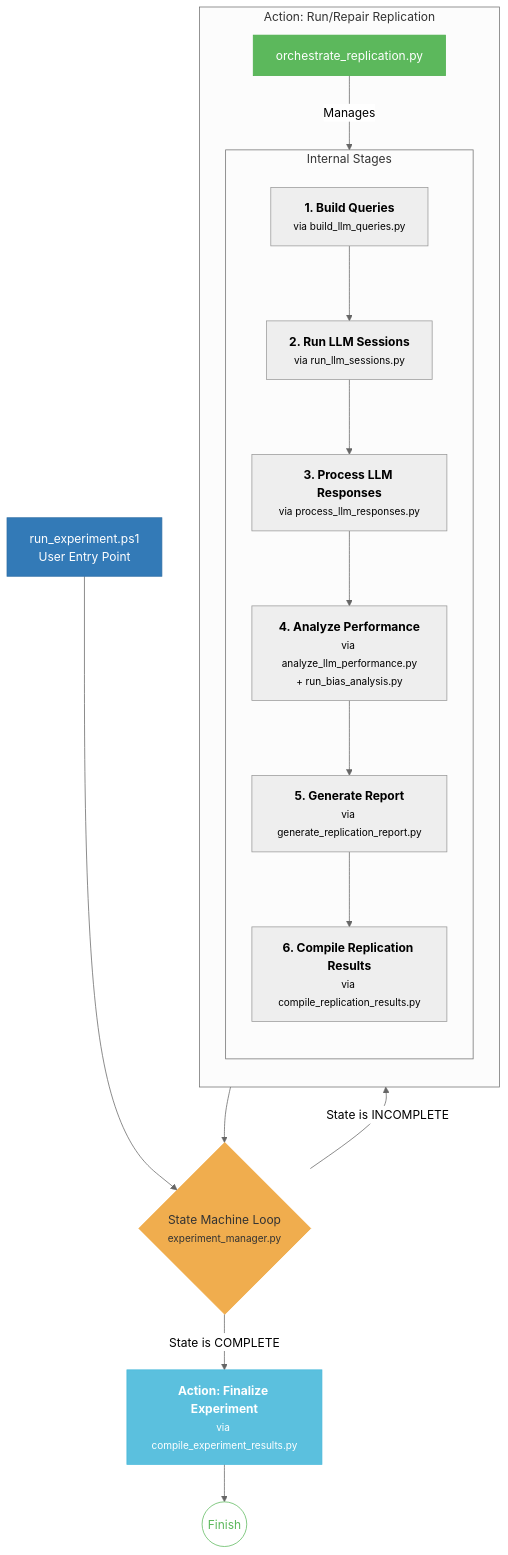
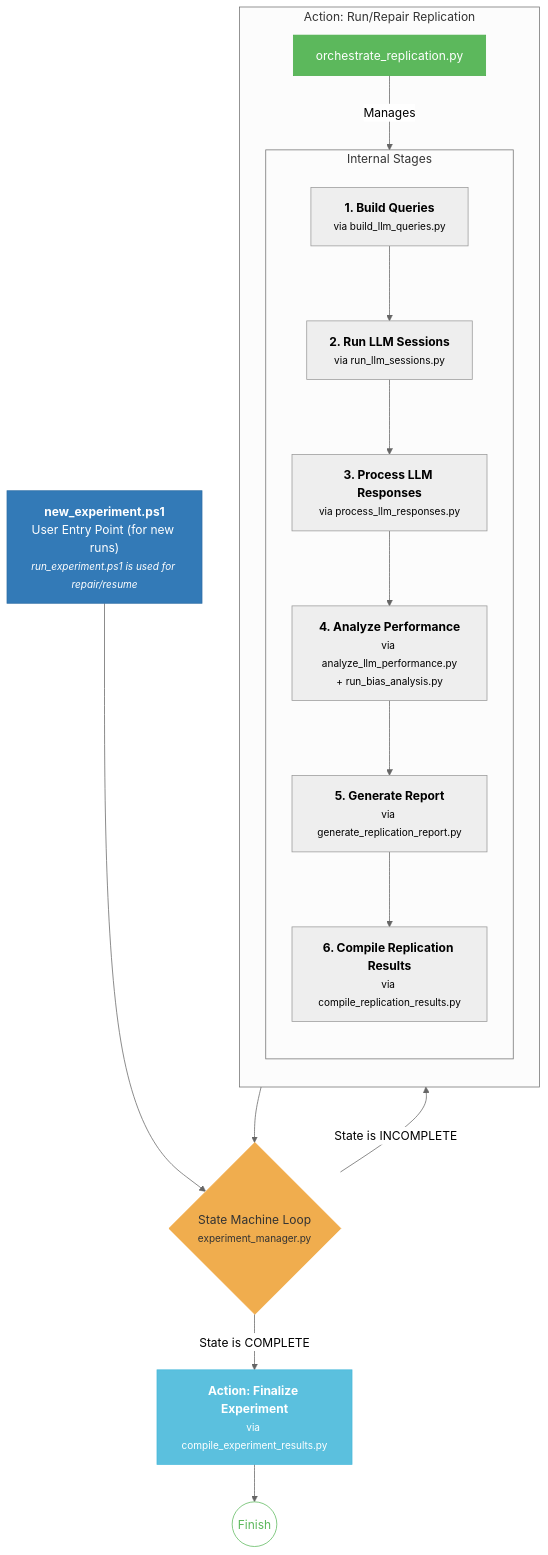
One commit to peterjmarko/llm-narrative-framework changed the diagram in docs/diagrams/flow_1_run_experiment.mmd. Above: the diagram before and after it, drawn with Mermaid (neutral theme). The commit also changed 10 other files, not shown here.

First line of the commit message:
feat(workflow): introduce new_experiment.ps1 and refactor manager

```diff
--- a/docs/diagrams/flow_1_run_experiment.mmd
+++ b/docs/diagrams/flow_1_run_experiment.mmd
@@ -1,29 +1,29 @@
 graph TD
-    A[run_experiment.ps1<br>User Entry Point]:::entry --> B{State Machine Loop<br><small>experiment_manager.py</small>}:::layer_orange;
+    A["<b>new_experiment.ps1</b><br>User Entry Point (for new runs)<br><small><i>run_experiment.ps1 is used for repair/resume</i></small>"]:::entry --> B{State Machine Loop<br><small>experiment_manager.py</small>}:::layer_orange;
     
     B -- "State is INCOMPLETE" --> C;
     C --> B;
     
     B -- "State is COMPLETE" --> F["<b>Action: Finalize Experiment</b><br><small>via compile_experiment_results.py</small>"]:::script;
     F --> G((Finish)):::finish_node;
 
     subgraph C [Action: Run/Repair Replication]
         direction TB
         Orchestrator["orchestrate_replication.py"]:::layer_green
         subgraph InternalStages [Internal Stages]
             direction TB
             S1["<b>1. Build Queries</b><br><small>via build_llm_queries.py</small>"] --> S2;
             S2["<b>2. Run LLM Sessions</b><br><small>via run_llm_sessions.py</small>"] --> S3;
             S3["<b>3. Process LLM Responses</b><br><small>via process_llm_responses.py</small>"] --> S4;
             S4["<b>4. Analyze Performance</b><br><small>via analyze_llm_performance.py<br>+ run_bias_analysis.py</small>"] --> S5;
             S5["<b>5. Generate Report</b><br><small>via generate_replication_report.py</small>"] --> S6;
             S6["<b>6. Compile Replication Results</b><br><small>via compile_replication_results.py</small>"]
         end
         Orchestrator -- Manages --> InternalStages;
     end
     
     classDef entry fill:#337ab7,stroke:#2e6da4,color:#fff;
     classDef layer_orange fill:#f0ad4e,stroke:#eea236,color:#333;
     classDef layer_green fill:#5cb85c,stroke:#4cae4c,color:#fff;
     classDef script fill:#5bc0de,stroke:#46b8da,color:#fff;
     classDef finish_node fill:#fff,stroke:#5cb85c,color:#5cb85c;
```
